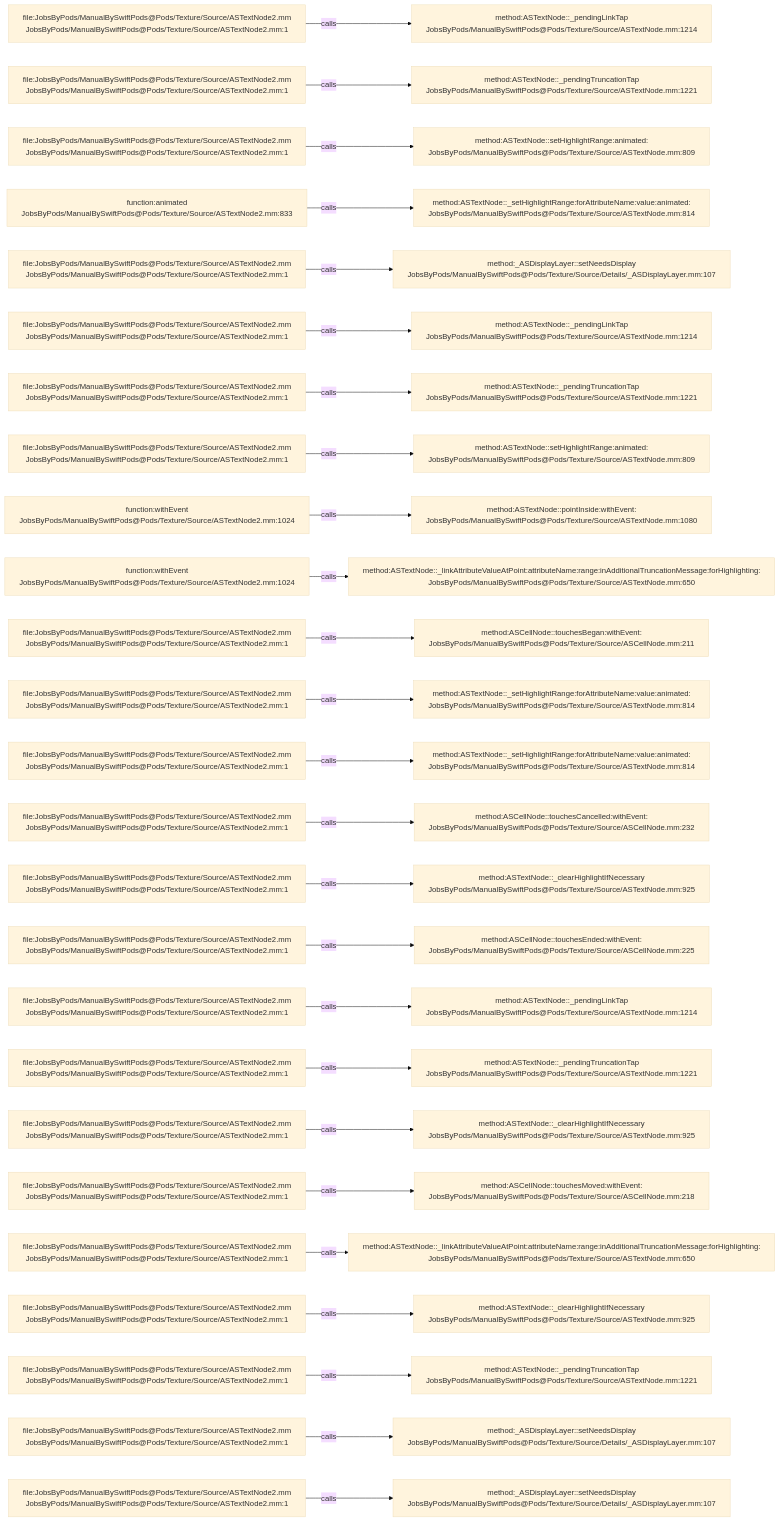
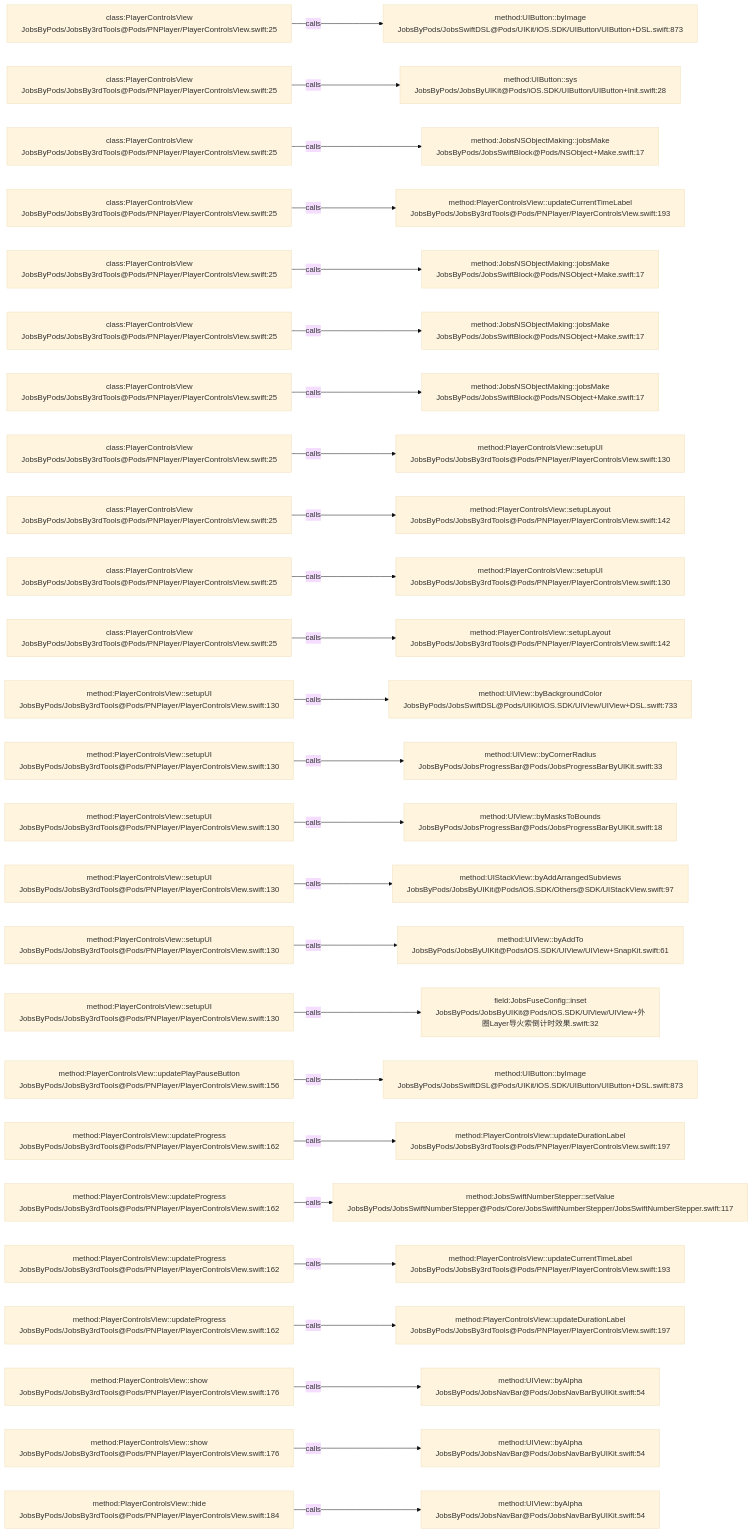
One commit to JobsKits/JobsSwiftBaseConfigDemo changed the diagram in .codegraph/codegraph.md/graphs/calls-072.md. Above: the diagram before and after it, drawn with Mermaid (base theme). The commit also changed 224 other files, not shown here.

````diff
--- a/.codegraph/codegraph.md/graphs/calls-072.md
+++ b/.codegraph/codegraph.md/graphs/calls-072.md
@@ -13,78 +13,78 @@
 ```mermaid
 flowchart LR
-  S1["file:JobsByPods/ManualBySwiftPods@Pods/Texture/Source/ASTextNode2.mm<br/>JobsByPods/ManualBySwiftPods@Pods/Texture/Source/ASTextNode2.mm:1"]
-  T1["method:ASTextNode::_pendingLinkTap<br/>JobsByPods/ManualBySwiftPods@Pods/Texture/Source/ASTextNode.mm:1214"]
+  S1["class:PlayerControlsView<br/>JobsByPods/JobsBy3rdTools@Pods/PNPlayer/PlayerControlsView.swift:25"]
+  T1["method:UIButton::byImage<br/>JobsByPods/JobsSwiftDSL@Pods/UIKit/iOS.SDK/UIButton/UIButton+DSL.swift:873"]
   S1 -->|calls| T1
-  S2["file:JobsByPods/ManualBySwiftPods@Pods/Texture/Source/ASTextNode2.mm<br/>JobsByPods/ManualBySwiftPods@Pods/Texture/Source/ASTextNode2.mm:1"]
-  T2["method:ASTextNode::_pendingTruncationTap<br/>JobsByPods/ManualBySwiftPods@Pods/Texture/Source/ASTextNode.mm:1221"]
+  S2["class:PlayerControlsView<br/>JobsByPods/JobsBy3rdTools@Pods/PNPlayer/PlayerControlsView.swift:25"]
+  T2["method:UIButton::sys<br/>JobsByPods/JobsByUIKit@Pods/iOS.SDK/UIButton/UIButton+Init.swift:28"]
   S2 -->|calls| T2
-  S3["file:JobsByPods/ManualBySwiftPods@Pods/Texture/Source/ASTextNode2.mm<br/>JobsByPods/ManualBySwiftPods@Pods/Texture/Source/ASTextNode2.mm:1"]
-  T3["method:ASTextNode::setHighlightRange:animated:<br/>JobsByPods/ManualBySwiftPods@Pods/Texture/Source/ASTextNode.mm:809"]
+  S3["class:PlayerControlsView<br/>JobsByPods/JobsBy3rdTools@Pods/PNPlayer/PlayerControlsView.swift:25"]
+  T3["method:JobsNSObjectMaking::jobsMake<br/>JobsByPods/JobsSwiftBlock@Pods/NSObject+Make.swift:17"]
   S3 -->|calls| T3
-  S4["function:animated<br/>JobsByPods/ManualBySwiftPods@Pods/Texture/Source/ASTextNode2.mm:833"]
-  T4["method:ASTextNode::_setHighlightRange:forAttributeName:value:animated:<br/>JobsByPods/ManualBySwiftPods@Pods/Texture/Source/ASTextNode.mm:814"]
+  S4["class:PlayerControlsView<br/>JobsByPods/JobsBy3rdTools@Pods/PNPlayer/PlayerControlsView.swift:25"]
+  T4["method:PlayerControlsView::updateCurrentTimeLabel<br/>JobsByPods/JobsBy3rdTools@Pods/PNPlayer/PlayerControlsView.swift:193"]
   S4 -->|calls| T4
-  S5["file:JobsByPods/ManualBySwiftPods@Pods/Texture/Source/ASTextNode2.mm<br/>JobsByPods/ManualBySwiftPods@Pods/Texture/Source/ASTextNode2.mm:1"]
-  T5["method:_ASDisplayLayer::setNeedsDisplay<br/>JobsByPods/ManualBySwiftPods@Pods/Texture/Source/Details/_ASDisplayLayer.mm:107"]
+  S5["class:PlayerControlsView<br/>JobsByPods/JobsBy3rdTools@Pods/PNPlayer/PlayerControlsView.swift:25"]
+  T5["method:JobsNSObjectMaking::jobsMake<br/>JobsByPods/JobsSwiftBlock@Pods/NSObject+Make.swift:17"]
   S5 -->|calls| T5
-  S6["file:JobsByPods/ManualBySwiftPods@Pods/Texture/Source/ASTextNode2.mm<br/>JobsByPods/ManualBySwiftPods@Pods/Texture/Source/ASTextNode2.mm:1"]
-  T6["method:ASTextNode::_pendingLinkTap<br/>JobsByPods/ManualBySwiftPods@Pods/Texture/Source/ASTextNode.mm:1214"]
+  S6["class:PlayerControlsView<br/>JobsByPods/JobsBy3rdTools@Pods/PNPlayer/PlayerControlsView.swift:25"]
+  T6["method:JobsNSObjectMaking::jobsMake<br/>JobsByPods/JobsSwiftBlock@Pods/NSObject+Make.swift:17"]
   S6 -->|calls| T6
-  S7["file:JobsByPods/ManualBySwiftPods@Pods/Texture/Source/ASTextNode2.mm<br/>JobsByPods/ManualBySwiftPods@Pods/Texture/Source/ASTextNode2.mm:1"]
-  T7["method:ASTextNode::_pendingTruncationTap<br/>JobsByPods/ManualBySwiftPods@Pods/Texture/Source/ASTextNode.mm:1221"]
+  S7["class:PlayerControlsView<br/>JobsByPods/JobsBy3rdTools@Pods/PNPlayer/PlayerControlsView.swift:25"]
+  T7["method:JobsNSObjectMaking::jobsMake<br/>JobsByPods/JobsSwiftBlock@Pods/NSObject+Make.swift:17"]
   S7 -->|calls| T7
-  S8["file:JobsByPods/ManualBySwiftPods@Pods/Texture/Source/ASTextNode2.mm<br/>JobsByPods/ManualBySwiftPods@Pods/Texture/Source/ASTextNode2.mm:1"]
-  T8["method:ASTextNode::setHighlightRange:animated:<br/>JobsByPods/ManualBySwiftPods@Pods/Texture/Source/ASTextNode.mm:809"]
+  S8["class:PlayerControlsView<br/>JobsByPods/JobsBy3rdTools@Pods/PNPlayer/PlayerControlsView.swift:25"]
+  T8["method:PlayerControlsView::setupUI<br/>JobsByPods/JobsBy3rdTools@Pods/PNPlayer/PlayerControlsView.swift:130"]
   S8 -->|calls| T8
-  S9["function:withEvent<br/>JobsByPods/ManualBySwiftPods@Pods/Texture/Source/ASTextNode2.mm:1024"]
-  T9["method:ASTextNode::pointInside:withEvent:<br/>JobsByPods/ManualBySwiftPods@Pods/Texture/Source/ASTextNode.mm:1080"]
+  S9["class:PlayerControlsView<br/>JobsByPods/JobsBy3rdTools@Pods/PNPlayer/PlayerControlsView.swift:25"]
+  T9["method:PlayerControlsView::setupLayout<br/>JobsByPods/JobsBy3rdTools@Pods/PNPlayer/PlayerControlsView.swift:142"]
   S9 -->|calls| T9
-  S10["function:withEvent<br/>JobsByPods/ManualBySwiftPods@Pods/Texture/Source/ASTextNode2.mm:1024"]
-  T10["method:ASTextNode::_linkAttributeValueAtPoint:attributeName:range:inAdditionalTruncationMessage:forHighlighting:<br/>JobsByPods/ManualBySwiftPods@Pods/Texture/Source/ASTextNode.mm:650"]
+  S10["class:PlayerControlsView<br/>JobsByPods/JobsBy3rdTools@Pods/PNPlayer/PlayerControlsView.swift:25"]
+  T10["method:PlayerControlsView::setupUI<br/>JobsByPods/JobsBy3rdTools@Pods/PNPlayer/PlayerControlsView.swift:130"]
   S10 -->|calls| T10
-  S11["file:JobsByPods/ManualBySwiftPods@Pods/Texture/Source/ASTextNode2.mm<br/>JobsByPods/ManualBySwiftPods@Pods/Texture/Source/ASTextNode2.mm:1"]
-  T11["method:ASCellNode::touchesBegan:withEvent:<br/>JobsByPods/ManualBySwiftPods@Pods/Texture/Source/ASCellNode.mm:211"]
+  S11["class:PlayerControlsView<br/>JobsByPods/JobsBy3rdTools@Pods/PNPlayer/PlayerControlsView.swift:25"]
+  T11["method:PlayerControlsView::setupLayout<br/>JobsByPods/JobsBy3rdTools@Pods/PNPlayer/PlayerControlsView.swift:142"]
   S11 -->|calls| T11
-  S12["file:JobsByPods/ManualBySwiftPods@Pods/Texture/Source/ASTextNode2.mm<br/>JobsByPods/ManualBySwiftPods@Pods/Texture/Source/ASTextNode2.mm:1"]
-  T12["method:ASTextNode::_setHighlightRange:forAttributeName:value:animated:<br/>JobsByPods/ManualBySwiftPods@Pods/Texture/Source/ASTextNode.mm:814"]
+  S12["method:PlayerControlsView::setupUI<br/>JobsByPods/JobsBy3rdTools@Pods/PNPlayer/PlayerControlsView.swift:130"]
+  T12["method:UIView::byBackgroundColor<br/>JobsByPods/JobsSwiftDSL@Pods/UIKit/iOS.SDK/UIView/UIView+DSL.swift:733"]
   S12 -->|calls| T12
-  S13["file:JobsByPods/ManualBySwiftPods@Pods/Texture/Source/ASTextNode2.mm<br/>JobsByPods/ManualBySwiftPods@Pods/Texture/Source/ASTextNode2.mm:1"]
-  T13["method:ASTextNode::_setHighlightRange:forAttributeName:value:animated:<br/>JobsByPods/ManualBySwiftPods@Pods/Texture/Source/ASTextNode.mm:814"]
+  S13["method:PlayerControlsView::setupUI<br/>JobsByPods/JobsBy3rdTools@Pods/PNPlayer/PlayerControlsView.swift:130"]
+  T13["method:UIView::byCornerRadius<br/>JobsByPods/JobsProgressBar@Pods/JobsProgressBarByUIKit.swift:33"]
   S13 -->|calls| T13
-  S14["file:JobsByPods/ManualBySwiftPods@Pods/Texture/Source/ASTextNode2.mm<br/>JobsByPods/ManualBySwiftPods@Pods/Texture/Source/ASTextNode2.mm:1"]
-  T14["method:ASCellNode::touchesCancelled:withEvent:<br/>JobsByPods/ManualBySwiftPods@Pods/Texture/Source/ASCellNode.mm:232"]
+  S14["method:PlayerControlsView::setupUI<br/>JobsByPods/JobsBy3rdTools@Pods/PNPlayer/PlayerControlsView.swift:130"]
+  T14["method:UIView::byMasksToBounds<br/>JobsByPods/JobsProgressBar@Pods/JobsProgressBarByUIKit.swift:18"]
   S14 -->|calls| T14
-  S15["file:JobsByPods/ManualBySwiftPods@Pods/Texture/Source/ASTextNode2.mm<br/>JobsByPods/ManualBySwiftPods@Pods/Texture/Source/ASTextNode2.mm:1"]
-  T15["method:ASTextNode::_clearHighlightIfNecessary<br/>JobsByPods/ManualBySwiftPods@Pods/Texture/Source/ASTextNode.mm:925"]
+  S15["method:PlayerControlsView::setupUI<br/>JobsByPods/JobsBy3rdTools@Pods/PNPlayer/PlayerControlsView.swift:130"]
+  T15["method:UIStackView::byAddArrangedSubviews<br/>JobsByPods/JobsByUIKit@Pods/iOS.SDK/Others@SDK/UIStackView.swift:97"]
   S15 -->|calls| T15
-  S16["file:JobsByPods/ManualBySwiftPods@Pods/Texture/Source/ASTextNode2.mm<br/>JobsByPods/ManualBySwiftPods@Pods/Texture/Source/ASTextNode2.mm:1"]
-  T16["method:ASCellNode::touchesEnded:withEvent:<br/>JobsByPods/ManualBySwiftPods@Pods/Texture/Source/ASCellNode.mm:225"]
+  S16["method:PlayerControlsView::setupUI<br/>JobsByPods/JobsBy3rdTools@Pods/PNPlayer/PlayerControlsView.swift:130"]
+  T16["method:UIView::byAddTo<br/>JobsByPods/JobsByUIKit@Pods/iOS.SDK/UIView/UIView+SnapKit.swift:61"]
   S16 -->|calls| T16
-  S17["file:JobsByPods/ManualBySwiftPods@Pods/Texture/Source/ASTextNode2.mm<br/>JobsByPods/ManualBySwiftPods@Pods/Texture/Source/ASTextNode2.mm:1"]
-  T17["method:ASTextNode::_pendingLinkTap<br/>JobsByPods/ManualBySwiftPods@Pods/Texture/Source/ASTextNode.mm:1214"]
+  S17["method:PlayerControlsView::setupUI<br/>JobsByPods/JobsBy3rdTools@Pods/PNPlayer/PlayerControlsView.swift:130"]
+  T17["field:JobsFuseConfig::inset<br/>JobsByPods/JobsByUIKit@Pods/iOS.SDK/UIView/UIView+外圈Layer导火索倒计时效果.swift:32"]
   S17 -->|calls| T17
-  S18["file:JobsByPods/ManualBySwiftPods@Pods/Texture/Source/ASTextNode2.mm<br/>JobsByPods/ManualBySwiftPods@Pods/Texture/Source/ASTextNode2.mm:1"]
-  T18["method:ASTextNode::_pendingTruncationTap<br/>JobsByPods/ManualBySwiftPods@Pods/Texture/Source/ASTextNode.mm:1221"]
+  S18["method:PlayerControlsView::updatePlayPauseButton<br/>JobsByPods/JobsBy3rdTools@Pods/PNPlayer/PlayerControlsView.swift:156"]
+  T18["method:UIButton::byImage<br/>JobsByPods/JobsSwiftDSL@Pods/UIKit/iOS.SDK/UIButton/UIButton+DSL.swift:873"]
   S18 -->|calls| T18
-  S19["file:JobsByPods/ManualBySwiftPods@Pods/Texture/Source/ASTextNode2.mm<br/>JobsByPods/ManualBySwiftPods@Pods/Texture/Source/ASTextNode2.mm:1"]
-  T19["method:ASTextNode::_clearHighlightIfNecessary<br/>JobsByPods/ManualBySwiftPods@Pods/Texture/Source/ASTextNode.mm:925"]
+  S19["method:PlayerControlsView::updateProgress<br/>JobsByPods/JobsBy3rdTools@Pods/PNPlayer/PlayerControlsView.swift:162"]
+  T19["method:PlayerControlsView::updateDurationLabel<br/>JobsByPods/JobsBy3rdTools@Pods/PNPlayer/PlayerControlsView.swift:197"]
   S19 -->|calls| T19
-  S20["file:JobsByPods/ManualBySwiftPods@Pods/Texture/Source/ASTextNode2.mm<br/>JobsByPods/ManualBySwiftPods@Pods/Texture/Source/ASTextNode2.mm:1"]
-  T20["method:ASCellNode::touchesMoved:withEvent:<br/>JobsByPods/ManualBySwiftPods@Pods/Texture/Source/ASCellNode.mm:218"]
+  S20["method:PlayerControlsView::updateProgress<br/>JobsByPods/JobsBy3rdTools@Pods/PNPlayer/PlayerControlsView.swift:162"]
+  T20["method:JobsSwiftNumberStepper::setValue<br/>JobsByPods/JobsSwiftNumberStepper@Pods/Core/JobsSwiftNumberStepper/JobsSwiftNumberStepper.swift:117"]
   S20 -->|calls| T20
-  S21["file:JobsByPods/ManualBySwiftPods@Pods/Texture/Source/ASTextNode2.mm<br/>JobsByPods/ManualBySwiftPods@Pods/Texture/Source/ASTextNode2.mm:1"]
-  T21["method:ASTextNode::_linkAttributeValueAtPoint:attributeName:range:inAdditionalTruncationMessage:forHighlighting:<br/>JobsByPods/ManualBySwiftPods@Pods/Texture/Source/ASTextNode.mm:650"]
+  S21["method:PlayerControlsView::updateProgress<br/>JobsByPods/JobsBy3rdTools@Pods/PNPlayer/PlayerControlsView.swift:162"]
+  T21["method:PlayerControlsView::updateCurrentTimeLabel<br/>JobsByPods/JobsBy3rdTools@Pods/PNPlayer/PlayerControlsView.swift:193"]
   S21 -->|calls| T21
-  S22["file:JobsByPods/ManualBySwiftPods@Pods/Texture/Source/ASTextNode2.mm<br/>JobsByPods/ManualBySwiftPods@Pods/Texture/Source/ASTextNode2.mm:1"]
-  T22["method:ASTextNode::_clearHighlightIfNecessary<br/>JobsByPods/ManualBySwiftPods@Pods/Texture/Source/ASTextNode.mm:925"]
+  S22["method:PlayerControlsView::updateProgress<br/>JobsByPods/JobsBy3rdTools@Pods/PNPlayer/PlayerControlsView.swift:162"]
+  T22["method:PlayerControlsView::updateDurationLabel<br/>JobsByPods/JobsBy3rdTools@Pods/PNPlayer/PlayerControlsView.swift:197"]
   S22 -->|calls| T22
-  S23["file:JobsByPods/ManualBySwiftPods@Pods/Texture/Source/ASTextNode2.mm<br/>JobsByPods/ManualBySwiftPods@Pods/Texture/Source/ASTextNode2.mm:1"]
-  T23["method:ASTextNode::_pendingTruncationTap<br/>JobsByPods/ManualBySwiftPods@Pods/Texture/Source/ASTextNode.mm:1221"]
+  S23["method:PlayerControlsView::show<br/>JobsByPods/JobsBy3rdTools@Pods/PNPlayer/PlayerControlsView.swift:176"]
+  T23["method:UIView::byAlpha<br/>JobsByPods/JobsNavBar@Pods/JobsNavBarByUIKit.swift:54"]
   S23 -->|calls| T23
-  S24["file:JobsByPods/ManualBySwiftPods@Pods/Texture/Source/ASTextNode2.mm<br/>JobsByPods/ManualBySwiftPods@Pods/Texture/Source/ASTextNode2.mm:1"]
-  T24["method:_ASDisplayLayer::setNeedsDisplay<br/>JobsByPods/ManualBySwiftPods@Pods/Texture/Source/Details/_ASDisplayLayer.mm:107"]
+  S24["method:PlayerControlsView::show<br/>JobsByPods/JobsBy3rdTools@Pods/PNPlayer/PlayerControlsView.swift:176"]
+  T24["method:UIView::byAlpha<br/>JobsByPods/JobsNavBar@Pods/JobsNavBarByUIKit.swift:54"]
   S24 -->|calls| T24
-  S25["file:JobsByPods/ManualBySwiftPods@Pods/Texture/Source/ASTextNode2.mm<br/>JobsByPods/ManualBySwiftPods@Pods/Texture/Source/ASTextNode2.mm:1"]
-  T25["method:_ASDisplayLayer::setNeedsDisplay<br/>JobsByPods/ManualBySwiftPods@Pods/Texture/Source/Details/_ASDisplayLayer.mm:107"]
+  S25["method:PlayerControlsView::hide<br/>JobsByPods/JobsBy3rdTools@Pods/PNPlayer/PlayerControlsView.swift:184"]
+  T25["method:UIView::byAlpha<br/>JobsByPods/JobsNavBar@Pods/JobsNavBarByUIKit.swift:54"]
   S25 -->|calls| T25
 ```
````
